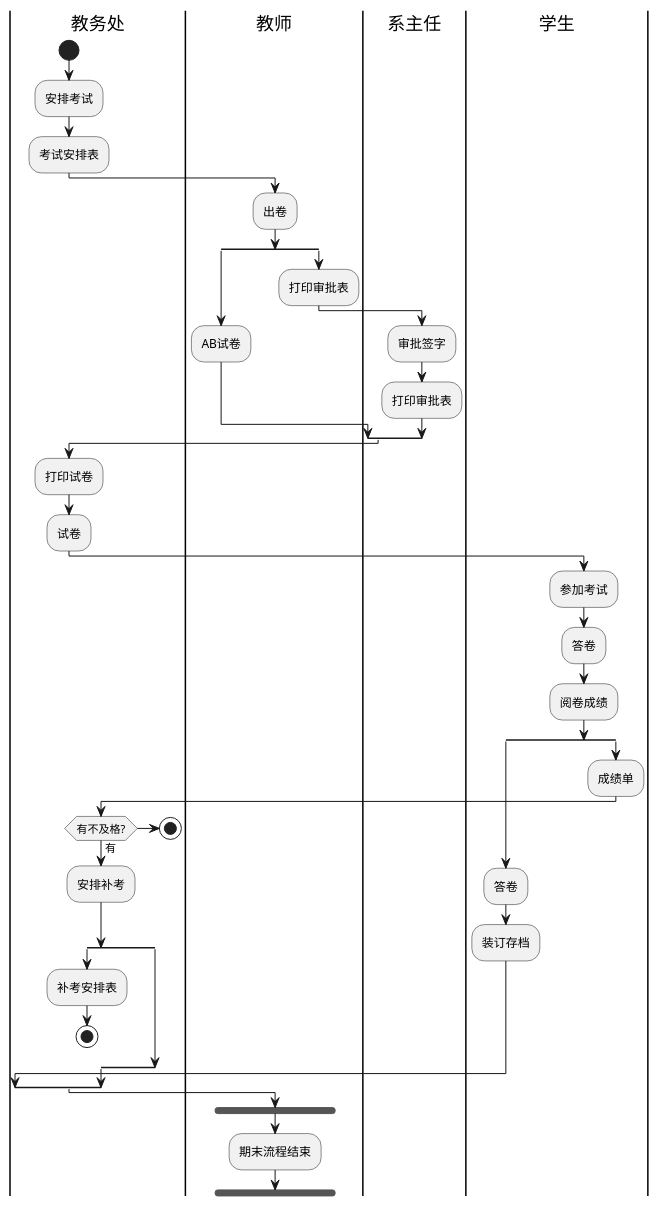
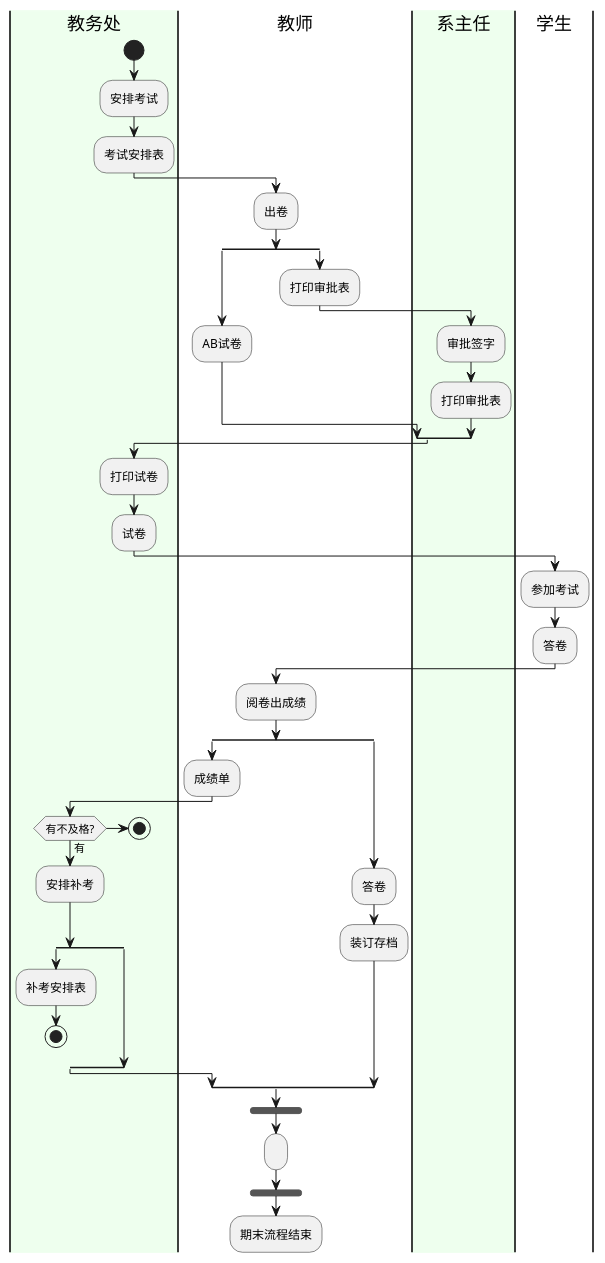
One commit to 201610414130/is_analysis-4 changed the diagram in test1/uml1.pu. Above: the diagram before and after it, drawn with PlantUML. The commit also changed 5 other files, not shown here.

```diff
--- a/test1/uml1.pu
+++ b/test1/uml1.pu
@@ -1,47 +1,48 @@
 @startuml
-|教务处|
+|#efe|教务处|
 start
 :安排考试;
 :考试安排表;
 |教师|
 :出卷;
 split
     :AB试卷;
 split again
     :打印审批表;
-    |系主任|
+    |#efe|系主任|
     :审批签字;
     :打印审批表;
 end split
-|教务处|
+|#efe|教务处|
 :打印试卷;
 :试卷;
 |学生|
 :参加考试;
 :答卷;
-
-:阅卷成绩;
+|教师|
+:阅卷出成绩;
 split
-    :答卷;
-    :装订存档;
-split again
     :成绩单;
-    |教务处|
+    |#efe|教务处|
     if (有不及格?) then(有)
         :安排补考;
     else()
         stop
     endif
     split
         :补考安排表;
         stop
     split again
 
     end split
-
-
+split again
+    |教师|
+    :答卷;
+    :装订存档;
 end split
 |教师|
 fork
+    : ;
+end fork
 :期末流程结束;
 @enduml
```
